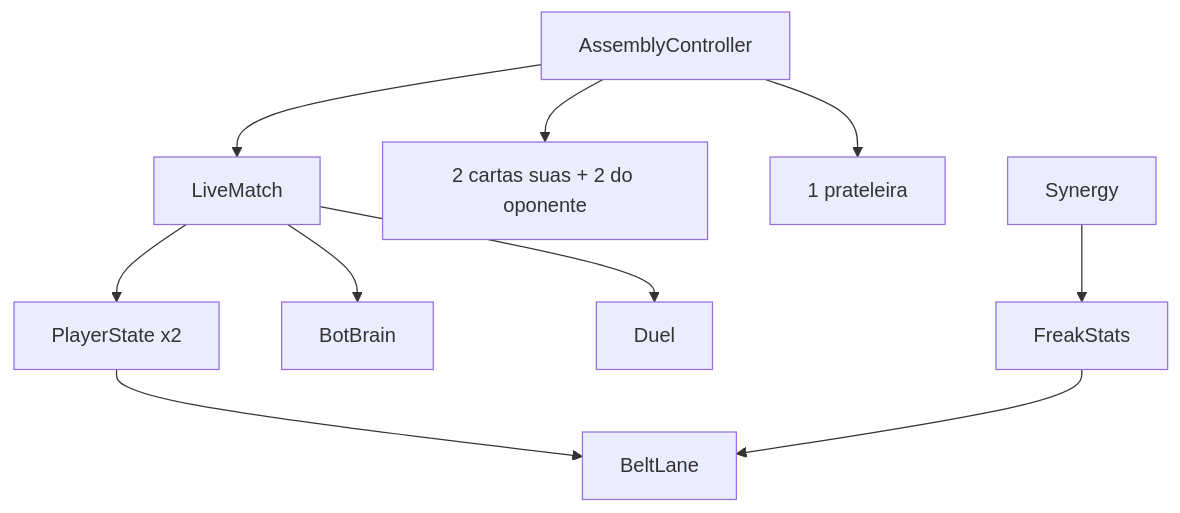
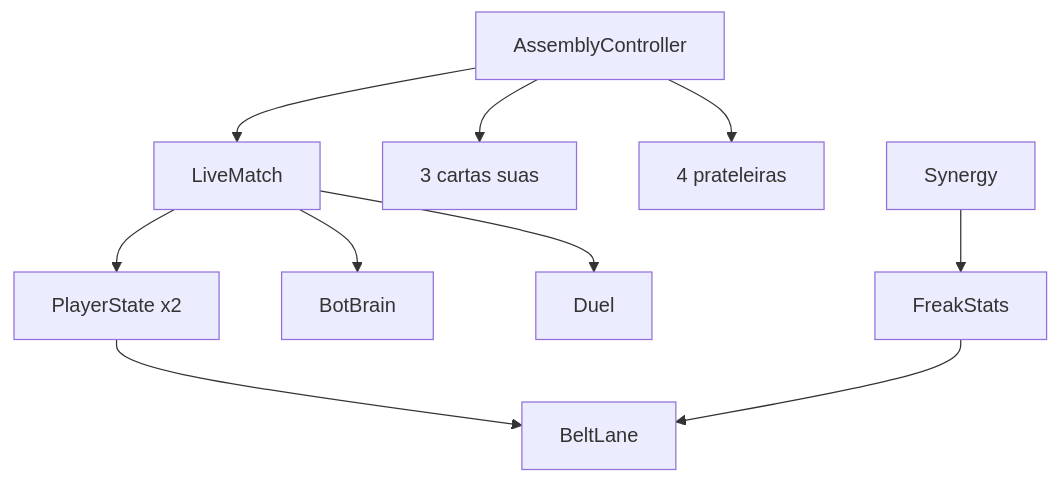
Before and after one commit to lupacaco/unbox-fighters: the diagram in docs/tecnico/arquitetura.md, drawn with Mermaid. The commit also changed other lines of this file and 37 other files, not shown here.

````diff
--- a/docs/tecnico/arquitetura.md
+++ b/docs/tecnico/arquitetura.md
@@ -64,12 +64,12 @@
 ```mermaid
 flowchart TD
   AC[AssemblyController] --> LM[LiveMatch]
-  AC --> Cards[2 cartas suas + 2 do oponente]
-  AC --> Shop[1 prateleira]
+  AC --> Cards[3 cartas suas]
+  AC --> Shop[4 prateleiras]
   LM --> PS[PlayerState x2]
   PS --> Lane[BeltLane]
   LM --> Bot[BotBrain]
   LM --> Duel[Duel]
   Syn[Synergy] --> Stats[FreakStats]
   Stats --> Lane
 ```
````
